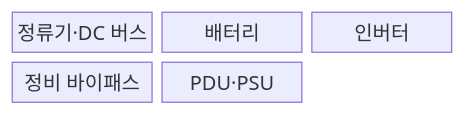
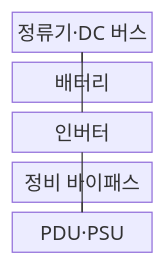
Before and after one commit to agnusdei1207/knowledge-base: the first of 2 diagrams in src/content/docs/notes/02-hardware/055_power_supply_ups.md, drawn with Mermaid. The commit also changed other lines of this file and 20 other files, not shown here.

````diff
--- a/src/content/docs/notes/02-hardware/055_power_supply_ups.md
+++ b/src/content/docs/notes/02-hardware/055_power_supply_ups.md
@@ -71,9 +70,13 @@
 ```mermaid
-block-beta
-    columns 3
+block
+    columns 1
     R["정류기·DC 버스"]
     B["배터리"]
     I["인버터"]
     M["정비 바이패스"]
     P["PDU·PSU"]
+    R --- B
+    R --- I
+    I --- P
+    M --- P
 ```
````
